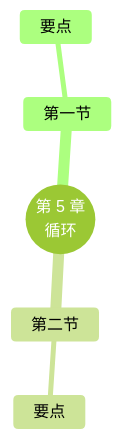
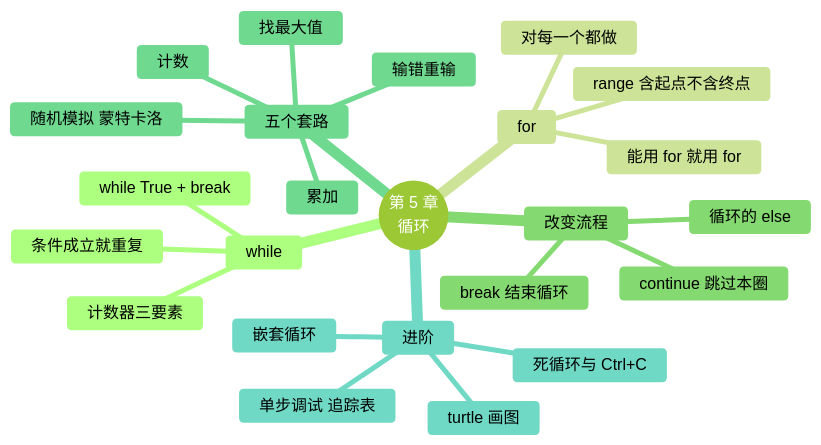
The diagram in docs/chapters/05-loops/index.md (MingziFu9/python-programming), drawn with Mermaid (forest theme) before and after one commit. The commit also changed other lines of this file and 16 other files, not shown here.

Commit message:
第 5 章：循环（正文、实验、循环追踪动画、turtle 截图、术语）

````diff
--- a/docs/chapters/05-loops/index.md
+++ b/docs/chapters/05-loops/index.md
@@ -188,8 +765,27 @@
 ```mermaid
 mindmap
   root((第 5 章<br/>循环))
-    第一节
-      要点
-    第二节
-      要点
+    while
+      条件成立就重复
+      计数器三要素
+      while True + break
+    for
+      对每一个都做
+      range 含起点不含终点
+      能用 for 就用 for
+    改变流程
+      break 结束循环
+      continue 跳过本圈
+      循环的 else
+    五个套路
+      累加
+      计数
+      找最大值
+      输错重输
+      随机模拟 蒙特卡洛
+    进阶
+      嵌套循环
+      死循环与 Ctrl+C
+      单步调试 追踪表
+      turtle 画图
 ```
````
